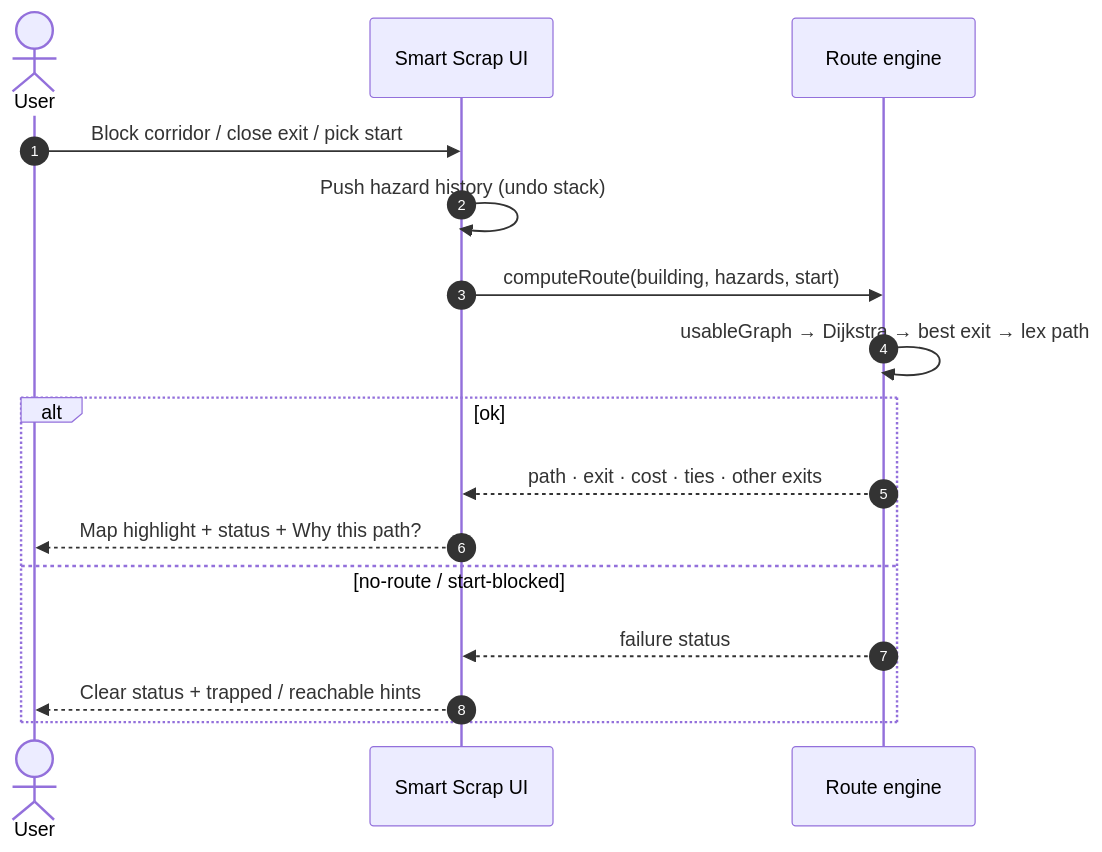
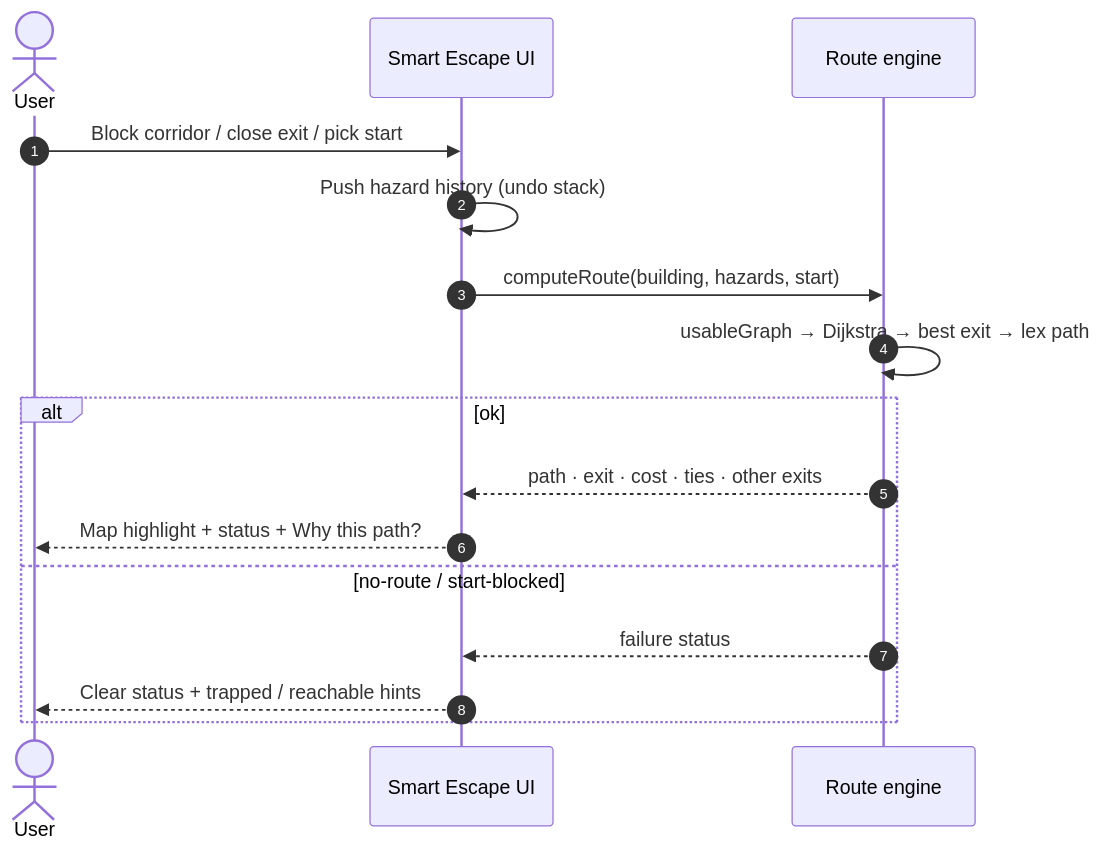
One commit to 0xdevabir/smart-escape-mock changed the second of 4 diagrams in README.md. Above: the diagram before and after it, drawn with Mermaid. The commit also changed other lines of this file and 7 other files, not shown here.

Commit message:
Update project branding from Smart Scrap to Smart Escape across multiple files, including index.html, LICENSE, package.json, and README.md. Adjust descriptions and titles to reflect the new branding, ensuring consistency throughout the application.

````diff
--- a/README.md
+++ b/README.md
@@ -65,18 +65,18 @@
 ```mermaid
 sequenceDiagram
     autonumber
     actor U as User
-    participant UI as Smart Scrap UI
+    participant UI as Smart Escape UI
     participant E as Route engine
     U->>UI: Block corridor / close exit / pick start
     UI->>UI: Push hazard history (undo stack)
     UI->>E: computeRoute(building, hazards, start)
     E->>E: usableGraph → Dijkstra → best exit → lex path
     alt ok
         E-->>UI: path · exit · cost · ties · other exits
         UI-->>U: Map highlight + status + Why this path?
     else no-route / start-blocked
         E-->>UI: failure status
         UI-->>U: Clear status + trapped / reachable hints
     end
 ```
````
